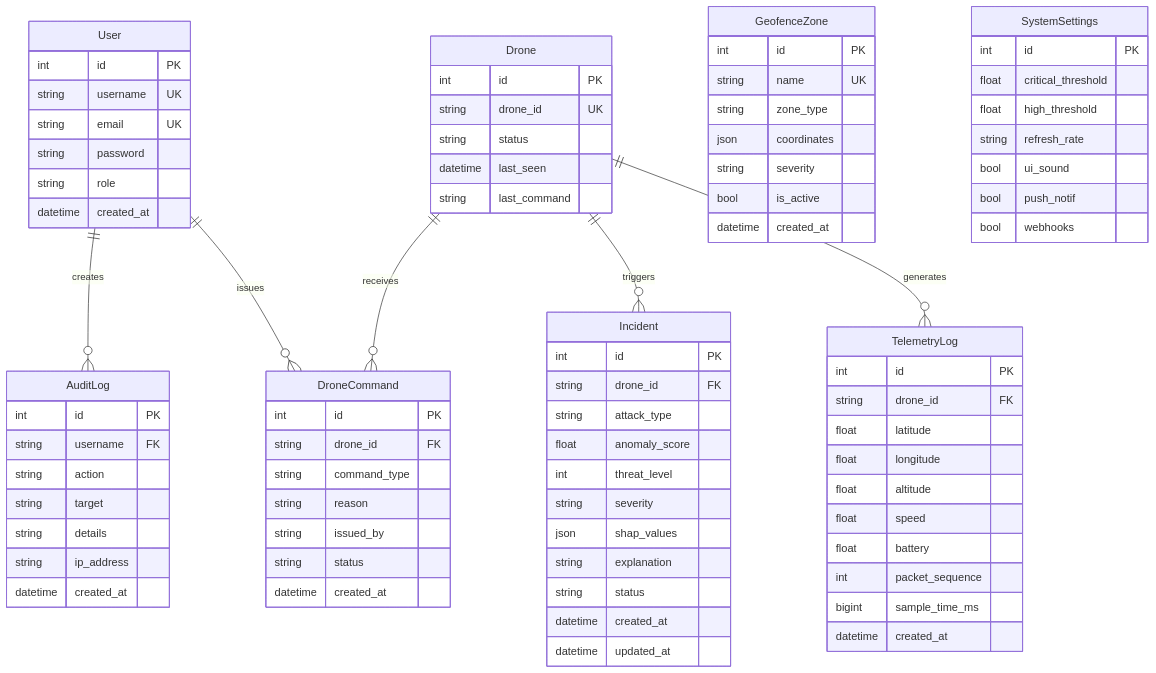
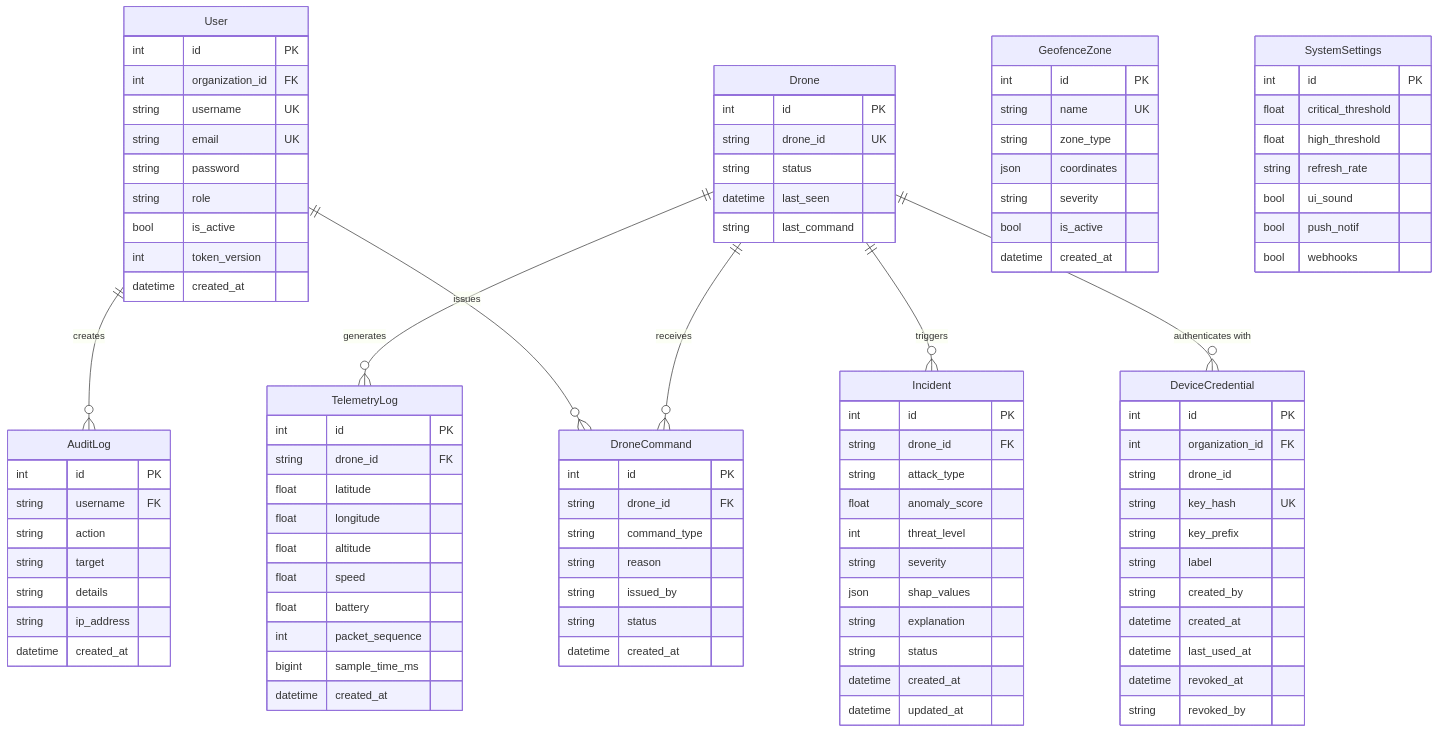
One commit to bserc-labs/SwarmGuard-AI changed the diagram in docs/DATABASE_SCHEMA.md. Above: the diagram before and after it, drawn with Mermaid. The commit also changed other lines of this file and 1 other file, not shown here.

Commit message:
docs: correct the schema and API reference where they had drifted
Three things the documents claimed that the code does not:

  * "Supported Engines: PostgreSQL 16 (Production), SQLite 3 (Development)".
    SQLite has not been supported since telemetry became a hypertable, and
    database.py refuses to start on a SQLite URL rather than let a deployment
    find out at run time.
  * "a subset of the 40 routes the application actually serves". It serves 51 --
    50 HTTP and one WebSocket -- counted from the router tree the tenancy test
    walks, which is also what stops a new one being added without classifying
    its tenancy.
  * The entity diagram predated per-device credentials, tenancy and account
    disabling: no DeviceCredential table, no organization_id on User, no
    is_active or token_version. It has them now, with a line saying that
    organization_id is the tenancy boundary and which test enforces it.

Nothing here changes behaviour. A document that is wrong about the schema is
worse than no document: it is the one someone reads before writing a migration.

````diff
--- a/docs/DATABASE_SCHEMA.md
+++ b/docs/DATABASE_SCHEMA.md
@@ -10,11 +14,28 @@
 erDiagram
     User {
         int id PK
+        int organization_id FK
         string username UK
         string email UK
         string password
         string role
+        bool is_active
+        int token_version
         datetime created_at
+    }
+
+    DeviceCredential {
+        int id PK
+        int organization_id FK
+        string drone_id
+        string key_hash UK
+        string key_prefix
+        string label
+        string created_by
+        datetime created_at
+        datetime last_used_at
+        datetime revoked_at
+        string revoked_by
     }
 
     TelemetryLog {
@@ -95,6 +116,7 @@
     Drone ||--o{ TelemetryLog : "generates"
     Drone ||--o{ Incident : "triggers"
     Drone ||--o{ DroneCommand : "receives"
+    Drone ||--o{ DeviceCredential : "authenticates with"
     User ||--o{ DroneCommand : "issues"
     User ||--o{ AuditLog : "creates"
 ```
````
